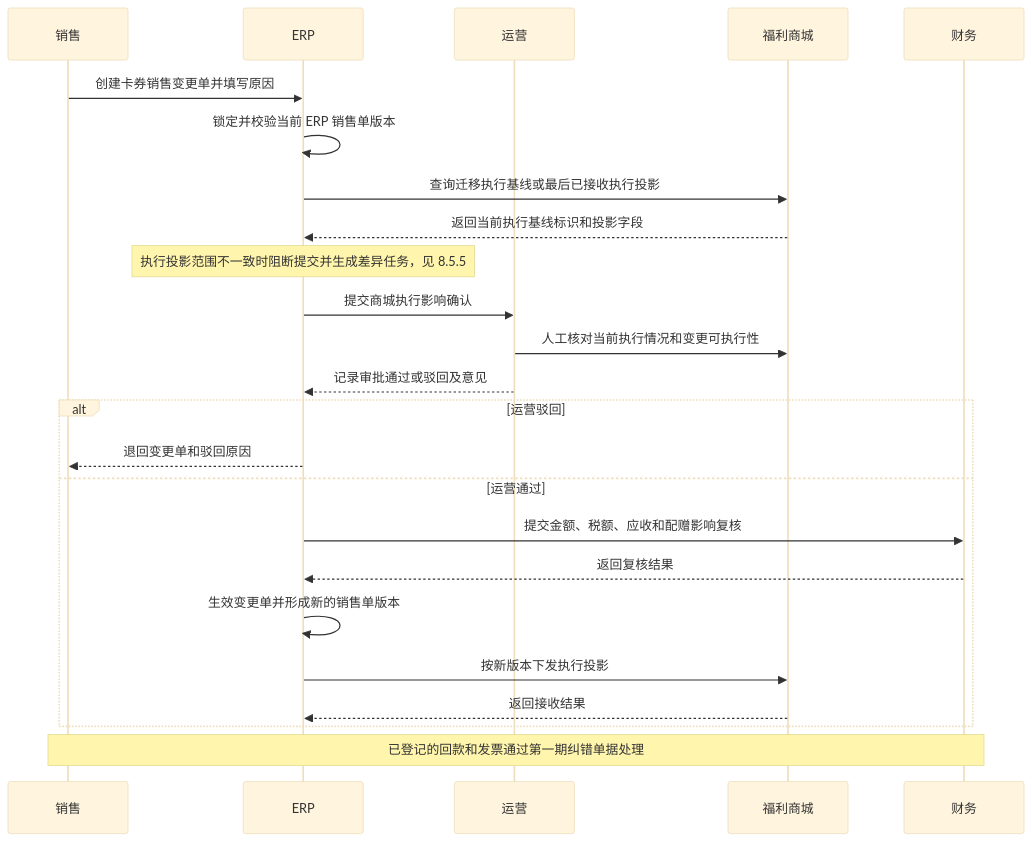
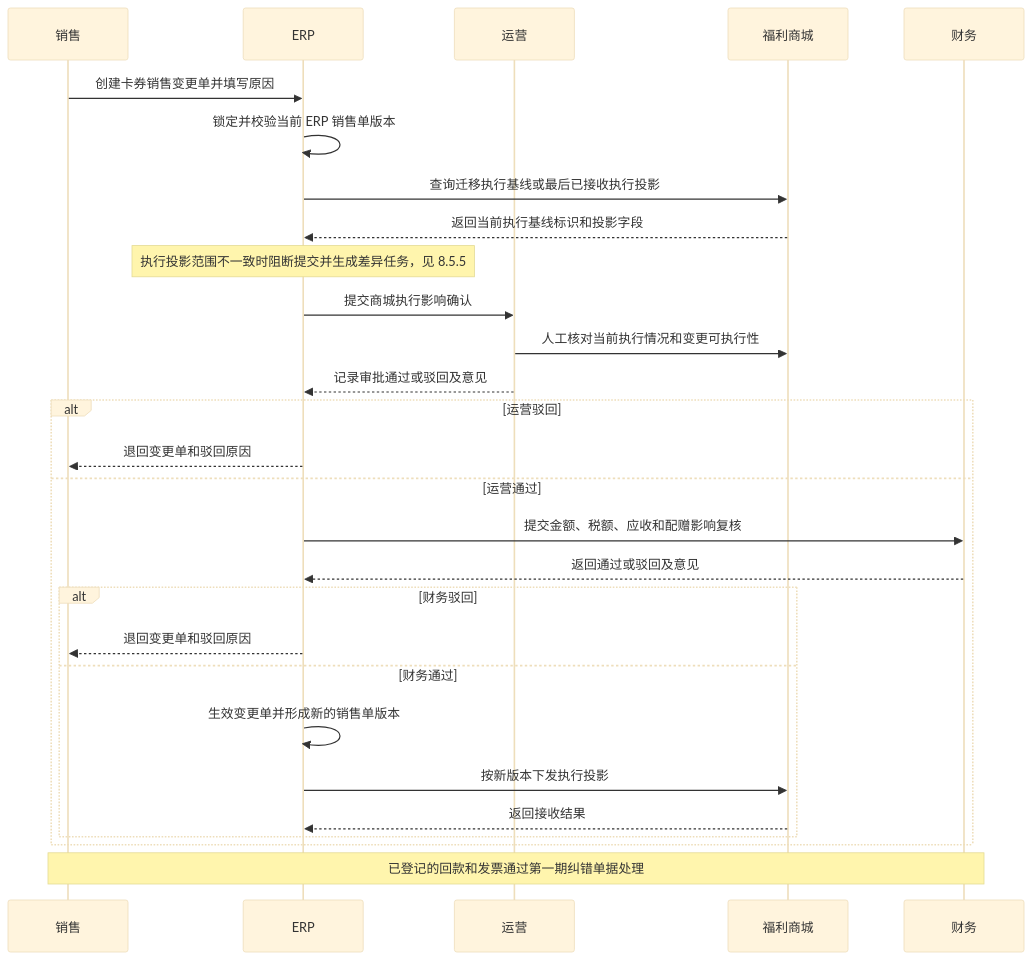
The fourth of 5 diagrams in docs/erp-phase-2.md (mztlive/erp), drawn with Mermaid (base theme) before and after one commit. The commit also changed other lines of this file and 6 other files, not shown here.

````diff
--- a/docs/erp-phase-2.md
+++ b/docs/erp-phase-2.md
@@ -499,27 +499,31 @@
 ```mermaid
 sequenceDiagram
   participant 销售
   participant ERP
   participant 运营
   participant 商城 as 福利商城
   participant 财务
 
   销售->>ERP: 创建卡券销售变更单并填写原因
   ERP->>ERP: 锁定并校验当前 ERP 销售单版本
   ERP->>商城: 查询迁移执行基线或最后已接收执行投影
   商城-->>ERP: 返回当前执行基线标识和投影字段
   Note over ERP: 执行投影范围不一致时阻断提交并生成差异任务，见 8.5.5
   ERP->>运营: 提交商城执行影响确认
   运营->>商城: 人工核对当前执行情况和变更可执行性
   运营-->>ERP: 记录审批通过或驳回及意见
   alt 运营驳回
     ERP-->>销售: 退回变更单和驳回原因
   else 运营通过
     ERP->>财务: 提交金额、税额、应收和配赠影响复核
-    财务-->>ERP: 返回复核结果
-    ERP->>ERP: 生效变更单并形成新的销售单版本
-    ERP->>商城: 按新版本下发执行投影
-    商城-->>ERP: 返回接收结果
+    财务-->>ERP: 返回通过或驳回及意见
+    alt 财务驳回
+      ERP-->>销售: 退回变更单和驳回原因
+    else 财务通过
+      ERP->>ERP: 生效变更单并形成新的销售单版本
+      ERP->>商城: 按新版本下发执行投影
+      商城-->>ERP: 返回接收结果
+    end
   end
   Note over 销售,财务: 已登记的回款和发票通过第一期纠错单据处理
 ```
````
